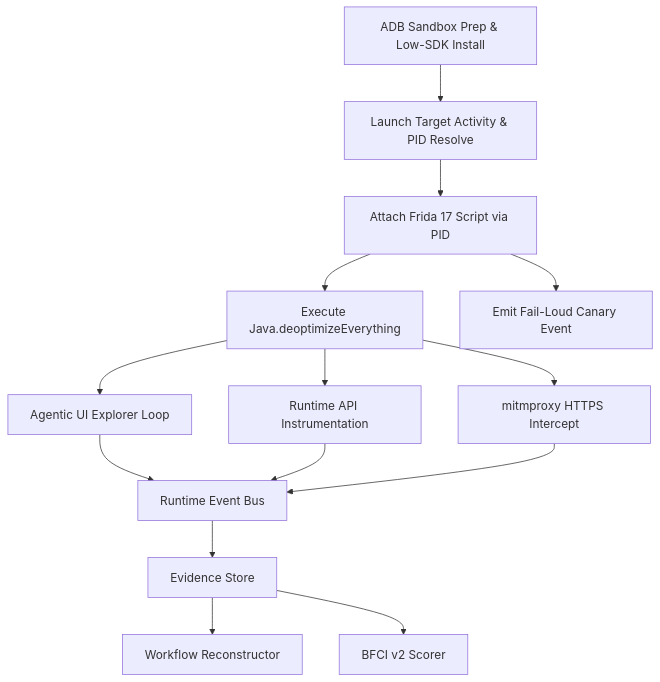
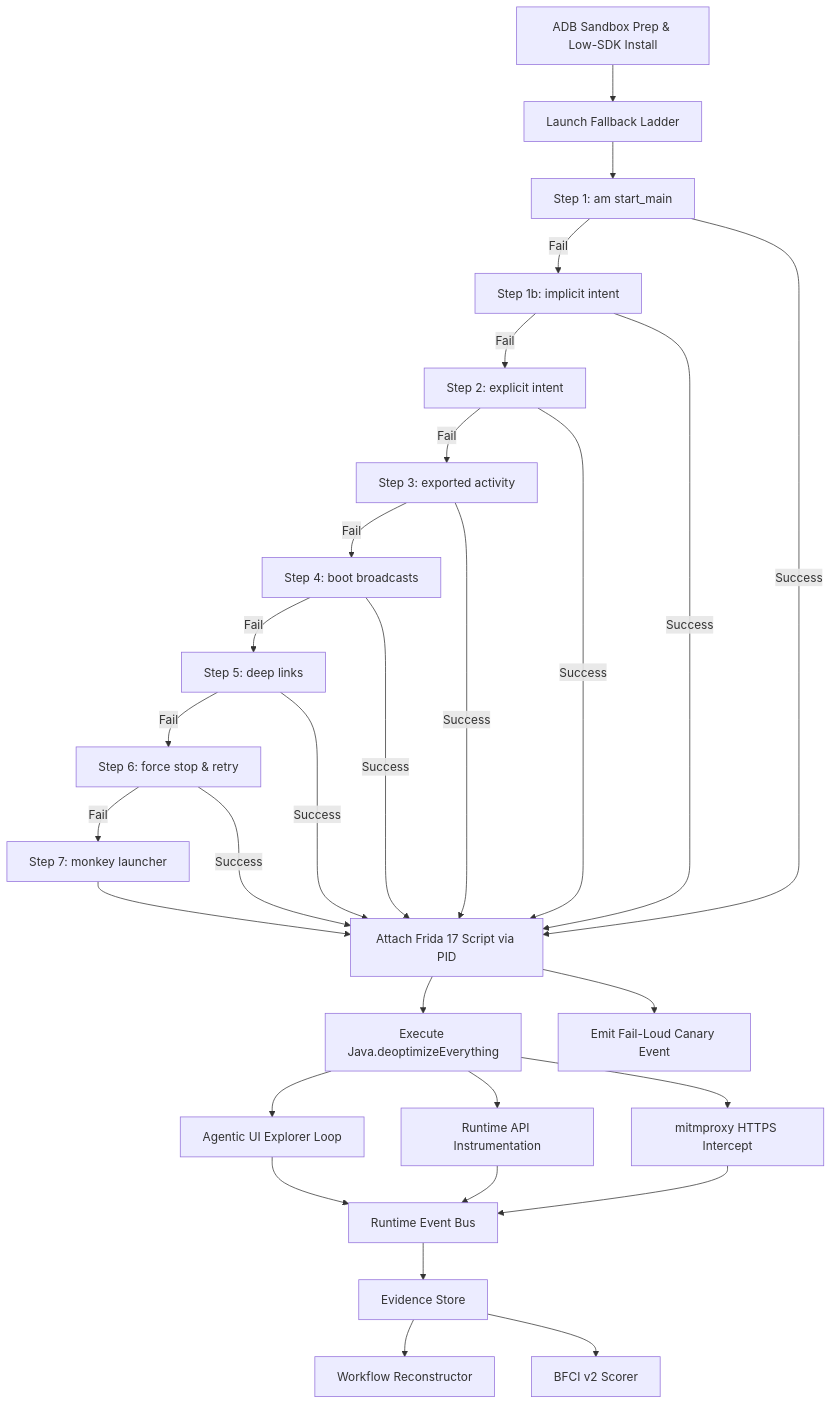
One commit to SanTiwari07/Sudarshan changed the first of 2 diagrams in docs/architecture/04_DYNAMIC_ANALYSIS_ENGINE.md. Above: the diagram before and after it, drawn with Mermaid. The commit also changed other lines of this file and 67 other files, not shown here.

Commit message:
implement dynamic analysis engine with integrated Frida sandbox and automated testing pipeline

````diff
--- a/docs/architecture/04_DYNAMIC_ANALYSIS_ENGINE.md
+++ b/docs/architecture/04_DYNAMIC_ANALYSIS_ENGINE.md
@@ -46,19 +46,35 @@
 ```mermaid
 graph TD
-    PREP[ADB Sandbox Prep & Low-SDK Install] --> LAUNCH[Launch Target Activity & PID Resolve]
-    LAUNCH --> ATTACH[Attach Frida 17 Script via PID]
+    PREP[ADB Sandbox Prep & Low-SDK Install] --> LAUNCH[Launch Fallback Ladder]
+    LAUNCH --> L1[Step 1: am start_main]
+    L1 -->|Fail| L1b[Step 1b: implicit intent]
+    L1b -->|Fail| L2[Step 2: explicit intent]
+    L2 -->|Fail| L3[Step 3: exported activity]
+    L3 -->|Fail| L4[Step 4: boot broadcasts]
+    L4 -->|Fail| L5[Step 5: deep links]
+    L5 -->|Fail| L6[Step 6: force stop & retry]
+    L6 -->|Fail| L7[Step 7: monkey launcher]
+    L7 --> ATTACH
+    L1 -->|Success| ATTACH[Attach Frida 17 Script via PID]
+    L1b -->|Success| ATTACH
+    L2 -->|Success| ATTACH
+    L3 -->|Success| ATTACH
+    L4 -->|Success| ATTACH
+    L5 -->|Success| ATTACH
+    L6 -->|Success| ATTACH
+    
     ATTACH --> DEOPT[Execute Java.deoptimizeEverything]
     ATTACH --> CANARY[Emit Fail-Loud Canary Event]
 
     DEOPT --> EXPLORE[Agentic UI Explorer Loop]
     DEOPT --> HOOKS[Runtime API Instrumentation]
     DEOPT --> PROXY[mitmproxy HTTPS Intercept]
 
     EXPLORE --> BUS[Runtime Event Bus]
     HOOKS --> BUS
     PROXY --> BUS
 
     BUS --> STORE[Evidence Store]
     STORE --> WORKFLOW[Workflow Reconstructor]
     STORE --> BFCI[BFCI v2 Scorer]
 ```
````
